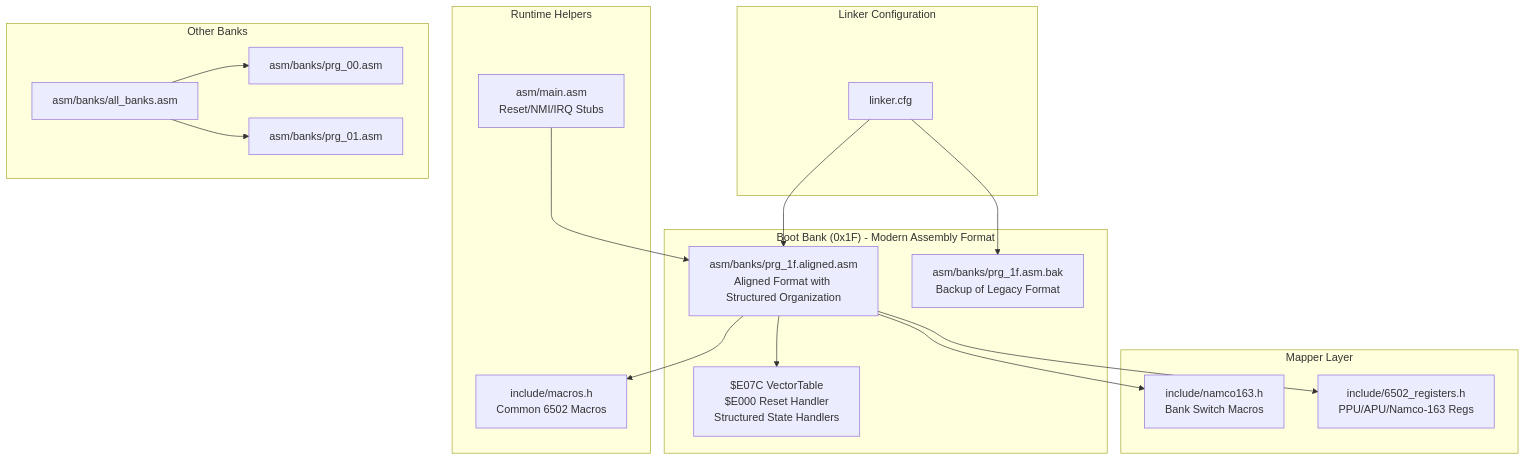
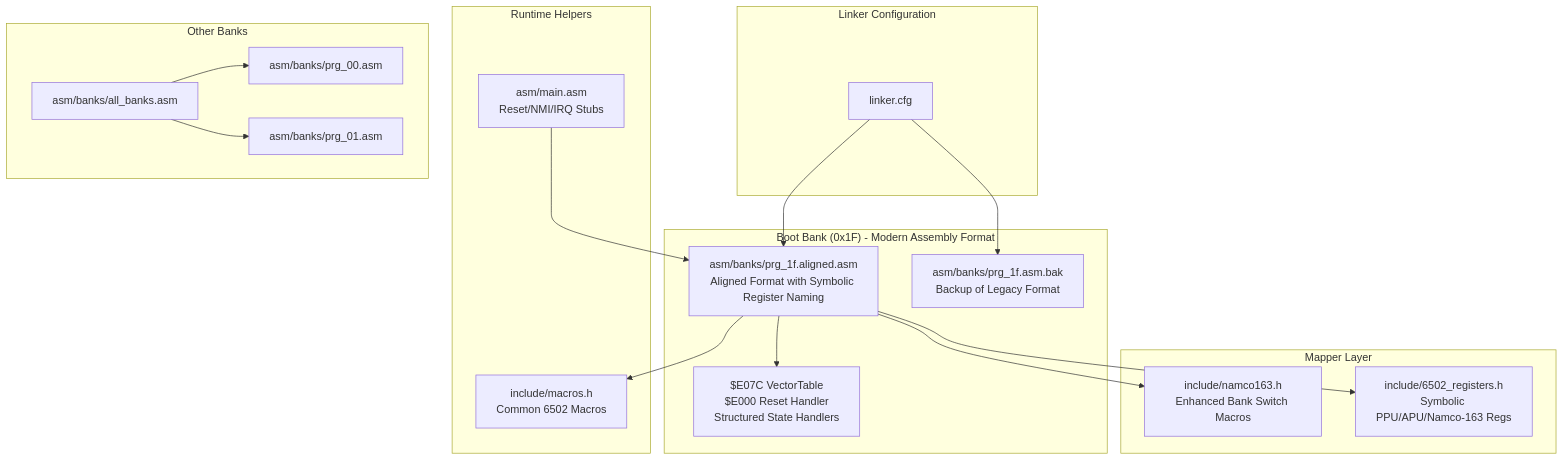
One commit to rabbyzero/sango2dasm changed the first of 9 diagrams in .qoder/repowiki/en/content/Assembly Architecture/Assembly Architecture.md. Above: the diagram before and after it, drawn with Mermaid. The commit also changed other lines of this file and 23 other files, not shown here.

Commit message:
functions global naming. start bank $17$18.

````diff
--- a/.qoder/repowiki/en/content/Assembly Architecture/Assembly Architecture.md
+++ b/.qoder/repowiki/en/content/Assembly Architecture/Assembly Architecture.md
@@ -53,33 +53,33 @@
 ```mermaid
 graph TB
 subgraph "Linker Configuration"
 LCFG["linker.cfg"]
 end
 subgraph "Boot Bank (0x1F) - Modern Assembly Format"
-ALIGNED["asm/banks/prg_1f.aligned.asm<br/>Aligned Format with Structured Organization"]
+ALIGNED["asm/banks/prg_1f.aligned.asm<br/>Aligned Format with Symbolic Register Naming"]
 BACKUP["asm/banks/prg_1f.asm.bak<br/>Backup of Legacy Format"]
 VTABLE["$E07C VectorTable<br/>$E000 Reset Handler<br/>Structured State Handlers"]
 end
 subgraph "Mapper Layer"
-NAMCO["include/namco163.h<br/>Bank Switch Macros"]
-REGS["include/6502_registers.h<br/>PPU/APU/Namco-163 Regs"]
+NAMCO["include/namco163.h<br/>Enhanced Bank Switch Macros"]
+REGS["include/6502_registers.h<br/>Symbolic PPU/APU/Namco-163 Regs"]
 end
 subgraph "Runtime Helpers"
 MACROS["include/macros.h<br/>Common 6502 Macros"]
 MAIN["asm/main.asm<br/>Reset/NMI/IRQ Stubs"]
 end
 subgraph "Other Banks"
 ALLB["asm/banks/all_banks.asm"]
 B00["asm/banks/prg_00.asm"]
 B01["asm/banks/prg_01.asm"]
 end
 LCFG --> ALIGNED
 LCFG --> BACKUP
 MAIN --> ALIGNED
 ALIGNED --> VTABLE
 ALIGNED --> NAMCO
 ALIGNED --> REGS
 ALIGNED --> MACROS
 ALLB --> B00
 ALLB --> B01
 ```
````
